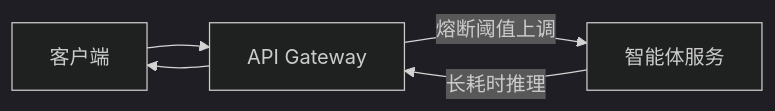
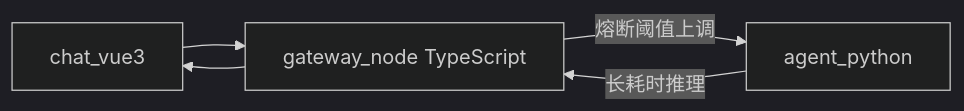
Before and after one commit to swipth/work-report: the fourth of 5 diagrams in reports/2026-06-02/index.md, drawn with Mermaid (dark theme). The commit also changed other lines of this file and 29 other files, not shown here.

````diff
--- a/reports/2026-06-02/index.md
+++ b/reports/2026-06-02/index.md
@@ -88,7 +88,7 @@
 ```mermaid
 flowchart LR
-    Client["客户端"] --> GW["API Gateway"]
-    GW -->|"熔断阈值上调"| Svc["智能体服务"]
+    Client["chat_vue3"] --> GW["gateway_node TypeScript"]
+    GW -->|"熔断阈值上调"| Svc["agent_python"]
     Svc -->|"长耗时推理"| GW
     GW --> Client
 ```
````
